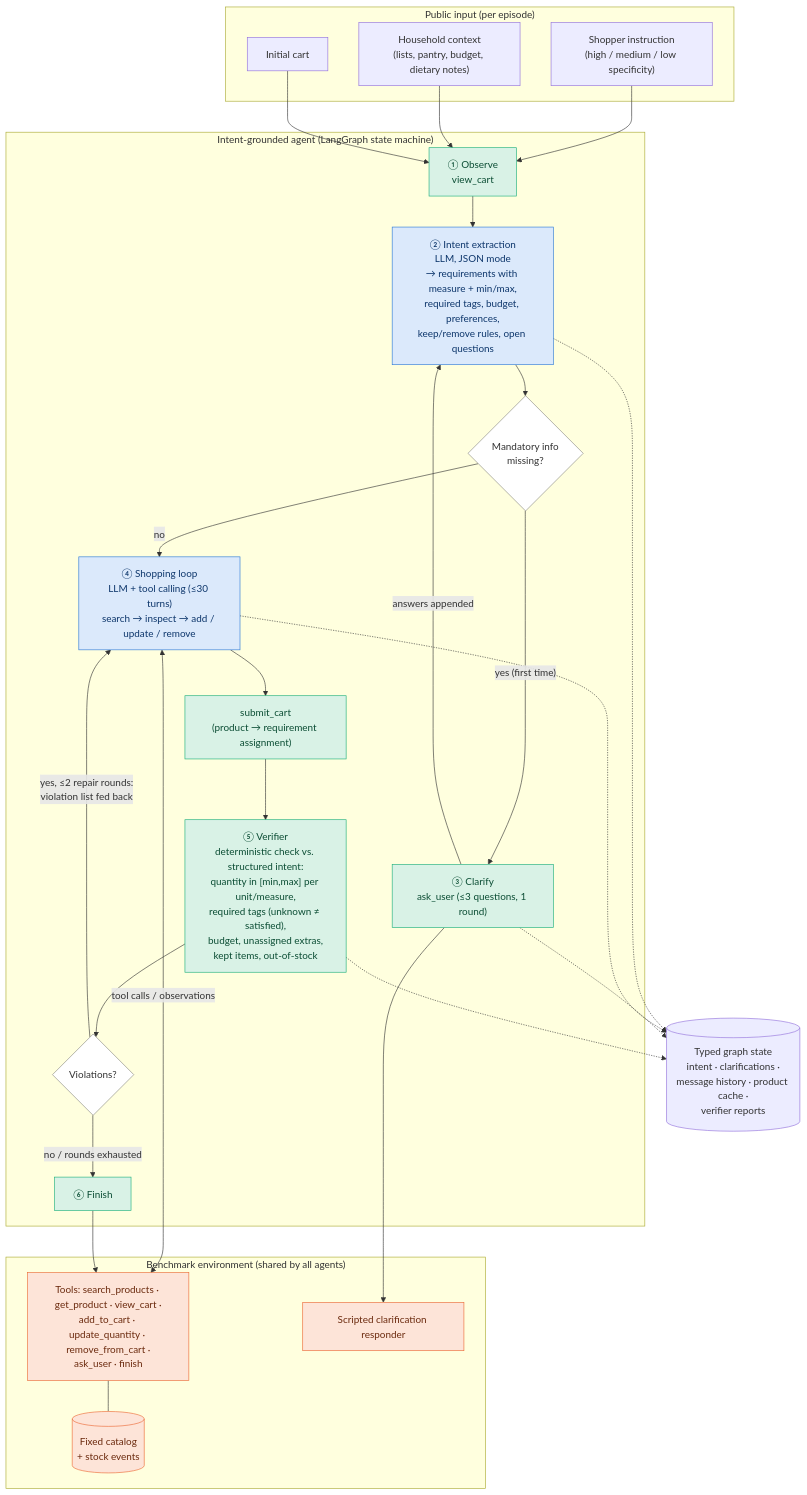
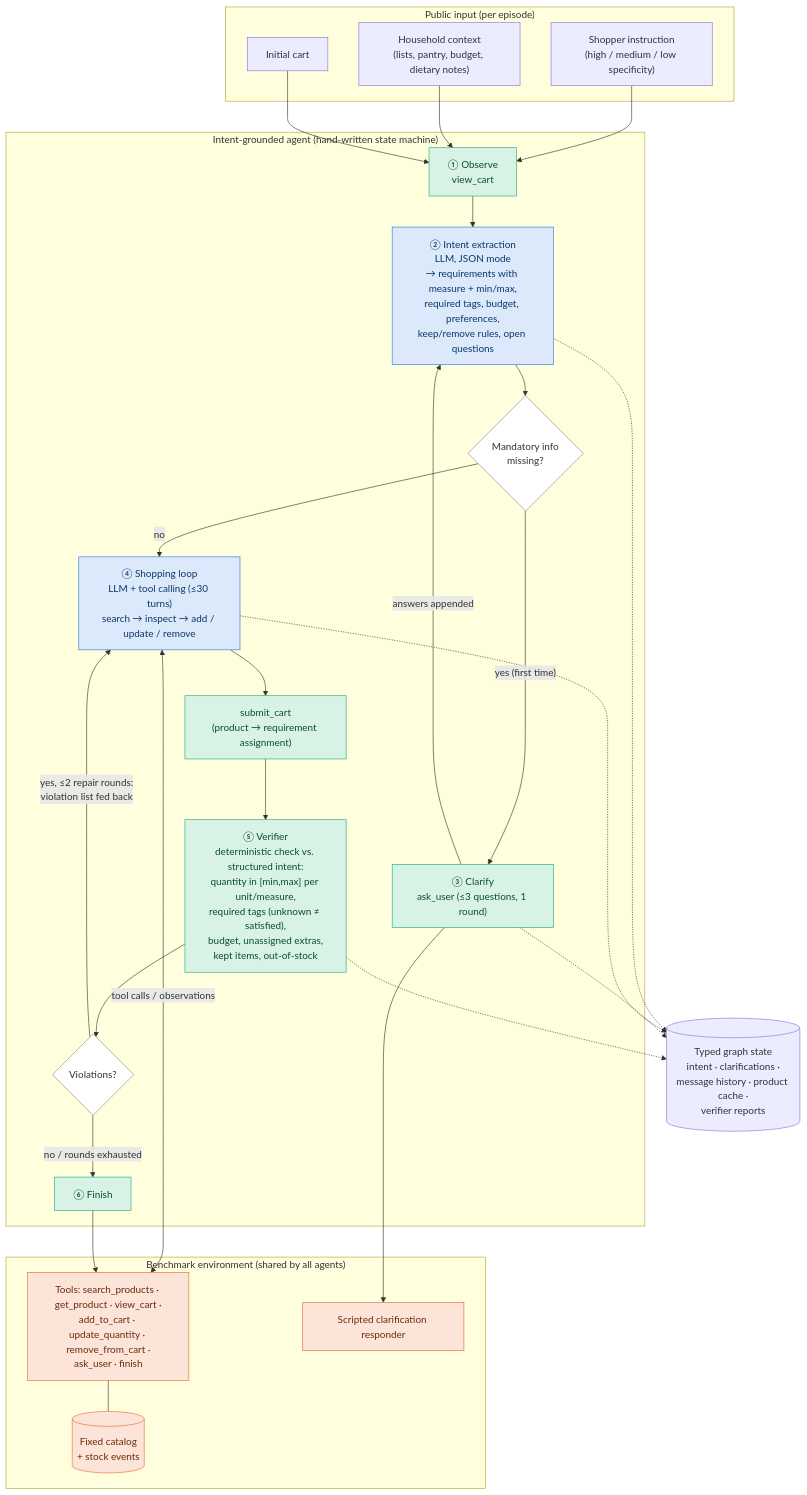
The diagram in outputs/agent_paper/architecture.md (frankge777/cs498-grocery-agent), drawn with Mermaid before and after one commit. The commit also changed other lines of this file and 10 other files, not shown here.

Commit message:
Replace LangGraph with project-owned agent loop

````diff
--- a/outputs/agent_paper/architecture.md
+++ b/outputs/agent_paper/architecture.md
@@ -12,64 +12,64 @@
 ```mermaid
 flowchart TD
     %% ---------- inputs ----------
     subgraph IN["Public input (per episode)"]
         I1["Shopper instruction<br/>(high / medium / low specificity)"]
         I2["Household context<br/>(lists, pantry, budget, dietary notes)"]
         I3["Initial cart"]
     end
 
     %% ---------- agent ----------
-    subgraph AG["Intent-grounded agent (LangGraph state machine)"]
+    subgraph AG["Intent-grounded agent (hand-written state machine)"]
         OBS["① Observe<br/>view_cart"]
         INT["② Intent extraction<br/>LLM, JSON mode<br/>→ requirements with measure + min/max,<br/>required tags, budget, preferences,<br/>keep/remove rules, open questions"]
         Q{"Mandatory info<br/>missing?"}
         CLA["③ Clarify<br/>ask_user (≤3 questions, 1 round)"]
         SHOP["④ Shopping loop<br/>LLM + tool calling (≤30 turns)<br/>search → inspect → add / update / remove"]
         SUB["submit_cart<br/>(product → requirement assignment)"]
         VER["⑤ Verifier<br/>deterministic check vs. structured intent:<br/>quantity in [min,max] per unit/measure,<br/>required tags (unknown ≠ satisfied),<br/>budget, unassigned extras,<br/>kept items, out-of-stock"]
         V{"Violations?"}
         FIN["⑥ Finish"]
     end
 
     %% ---------- state ----------
     ST[("Typed graph state<br/>intent · clarifications ·<br/>message history · product cache ·<br/>verifier reports")]
 
     %% ---------- environment ----------
     subgraph ENV["Benchmark environment (shared by all agents)"]
         TOOLS["Tools: search_products · get_product · view_cart ·<br/>add_to_cart · update_quantity · remove_from_cart ·<br/>ask_user · finish"]
         CAT[("Fixed catalog<br/>+ stock events")]
         RESP["Scripted clarification responder"]
     end
 
     I1 --> OBS
     I2 --> OBS
     I3 --> OBS
     OBS --> INT
     INT --> Q
     Q -- "yes (first time)" --> CLA
     CLA -- "answers appended" --> INT
     Q -- "no" --> SHOP
     SHOP <-->|"tool calls / observations"| TOOLS
     SHOP --> SUB
     SUB --> VER
     VER --> V
     V -- "yes, ≤2 repair rounds:<br/>violation list fed back" --> SHOP
     V -- "no / rounds exhausted" --> FIN
     FIN --> TOOLS
     CLA --> RESP
     TOOLS --- CAT
 
     INT -.-> ST
     CLA -.-> ST
     SHOP -.-> ST
     VER -.-> ST
 
     classDef llm fill:#dbe9fb,stroke:#2a78d6,color:#0d366b
     classDef det fill:#d9f2e6,stroke:#1baf7a,color:#0b4d34
     classDef env fill:#fde4d8,stroke:#eb6834,color:#6b2a0e
     classDef dec fill:#ffffff,stroke:#888780
     class INT,SHOP llm
     class OBS,CLA,SUB,VER,FIN det
     class TOOLS,CAT,RESP env
     class Q,V dec
 ```
````
